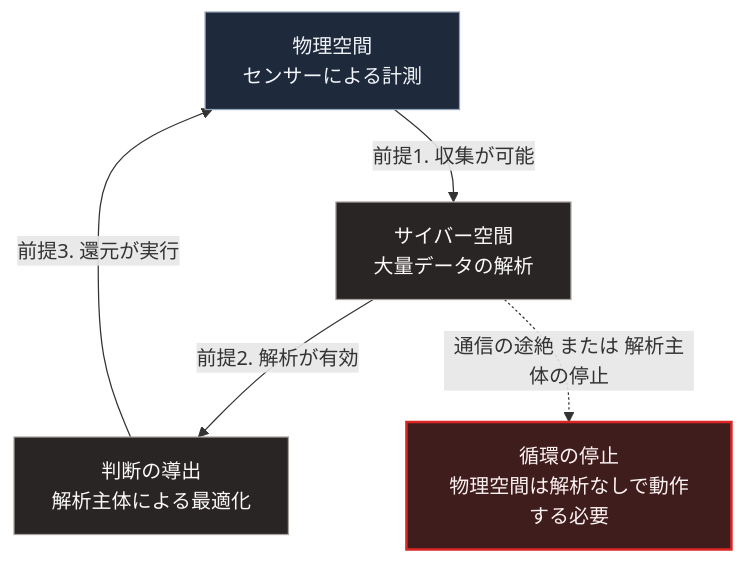
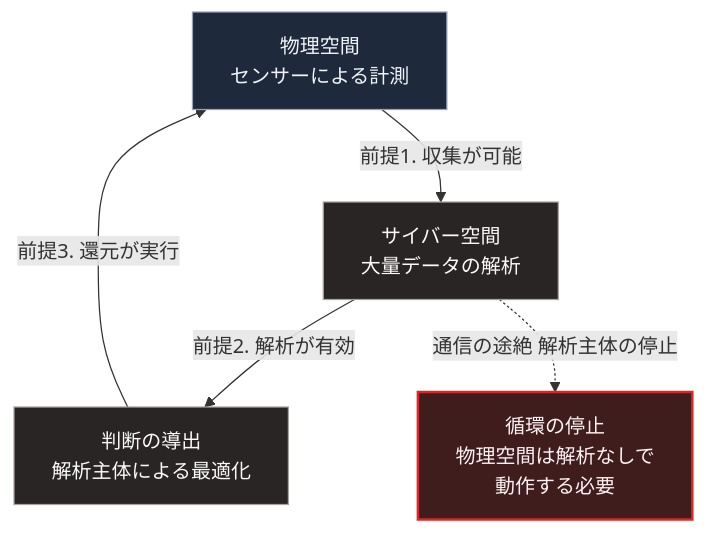
The diagram in books/sovereign-resilience-blueprint/31_society-50-twin-optimization.md (Takenori-Kusaka/zenn-content), drawn with Mermaid before and after one commit. The commit also changed other lines of this file and 114 other files, not shown here.

````diff
--- a/books/sovereign-resilience-blueprint/31_society-50-twin-optimization.md
+++ b/books/sovereign-resilience-blueprint/31_society-50-twin-optimization.md
@@ -49,13 +49,13 @@
 ```mermaid
 flowchart TD
     P[物理空間<br>センサーによる計測]
     P -->|前提1. 収集が可能| C[サイバー空間<br>大量データの解析]
     C -->|前提2. 解析が有効| J[判断の導出<br>解析主体による最適化]
     J -->|前提3. 還元が実行| P
-    C -.->|通信の途絶 または 解析主体の停止| X[循環の停止<br>物理空間は解析なしで動作する必要]
+    C -.->|通信の途絶 解析主体の停止| X[循環の停止<br>物理空間は解析なしで<br>動作する必要]
 
     style P fill:#1e293b,stroke:#94a3b8,color:#f1f5f9
     style C fill:#292524,stroke:#a8a29e,color:#fafaf9
     style J fill:#292524,stroke:#a8a29e,color:#fafaf9
     style X fill:#3f1d1d,stroke:#dc2626,stroke-width:2px,color:#fef2f2
 ```
````
